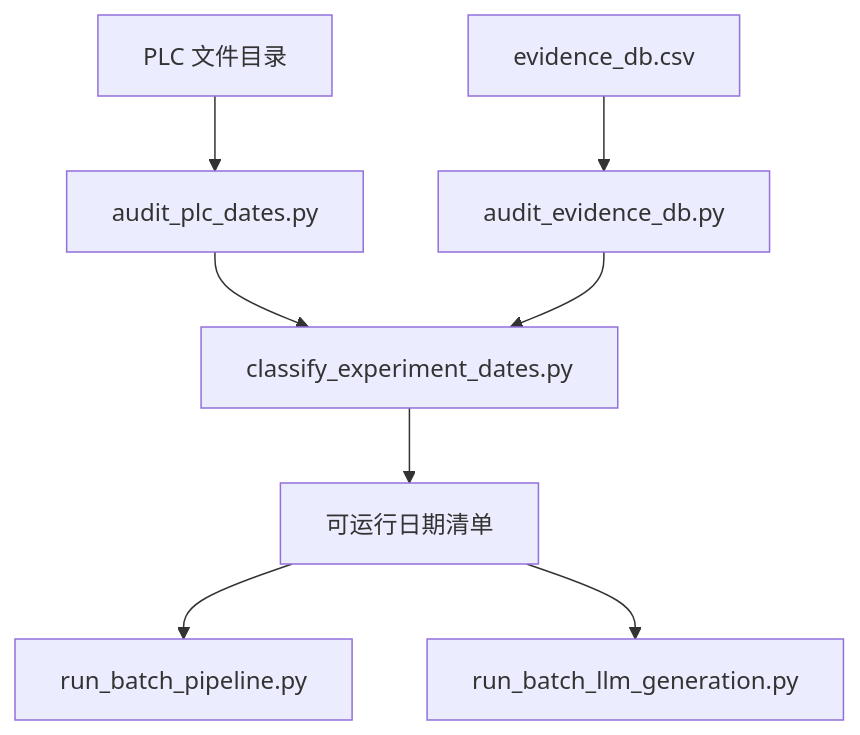
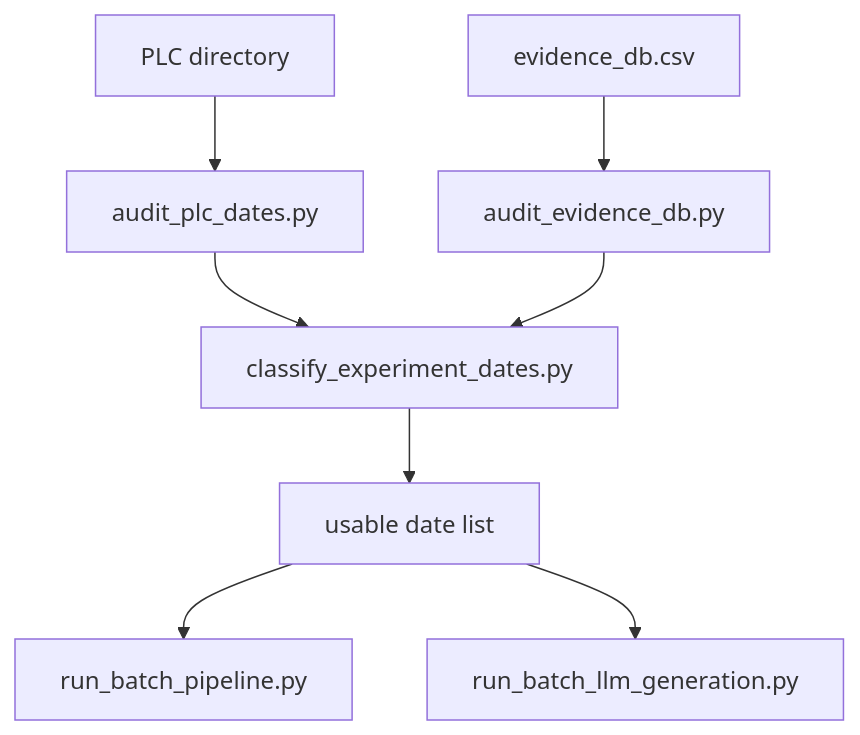
One commit to xiaodazhao/tbm-report changed the fourth of 5 diagrams in backend/docs/system_architecture.md. Above: the diagram before and after it, drawn with Mermaid. The commit also changed other lines of this file and 1 other file, not shown here.

Commit message:
Fix GitHub Mermaid diagram rendering

````diff
--- a/backend/docs/system_architecture.md
+++ b/backend/docs/system_architecture.md
@@ -119,10 +119,10 @@
 ```mermaid
 flowchart TD
-    A[PLC 文件目录] --> B[audit_plc_dates.py]
+    A[PLC directory] --> B[audit_plc_dates.py]
     C[evidence_db.csv] --> D[audit_evidence_db.py]
     B --> E[classify_experiment_dates.py]
     D --> E
-    E --> F[可运行日期清单]
+    E --> F[usable date list]
     F --> G[run_batch_pipeline.py]
     F --> H[run_batch_llm_generation.py]
 ```
````
